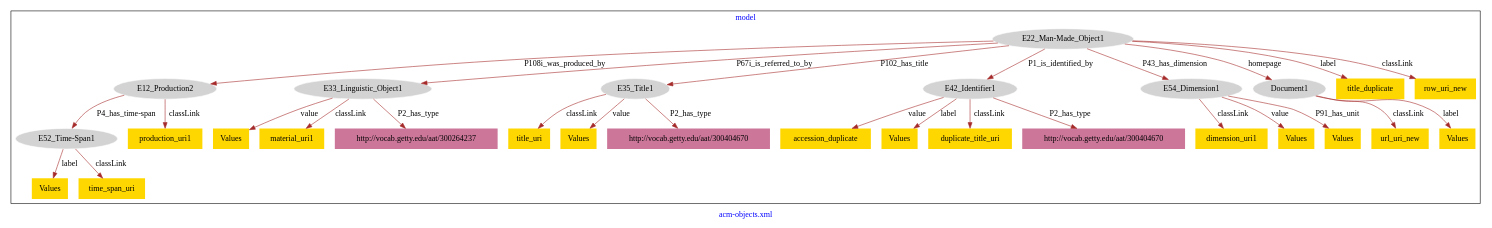
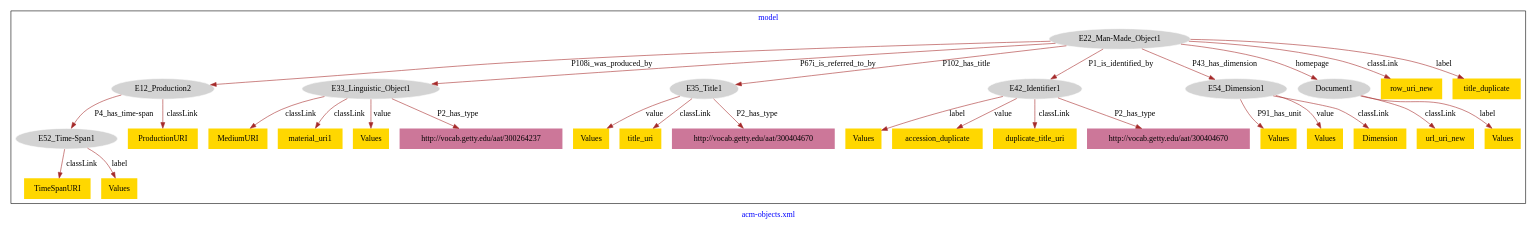
The diagram in acm-objects/acm-objects-model.dot (american-art/acm), drawn with Graphviz before and after one commit.

Commit message:
Update file acm-objects-model.dot

```diff
--- a/acm-objects/acm-objects-model.dot
+++ b/acm-objects/acm-objects-model.dot
@@ -1,63 +1,65 @@
 digraph n0 {
 fontcolor="blue"
 remincross="true"
 label="acm-objects.xml"
 subgraph cluster {
 label="model"
 n2[style="filled",color="white",fillcolor="lightgray",label="E12_Production2"];
 n3[style="filled",color="white",fillcolor="lightgray",label="E52_Time-Span1"];
 n4[style="filled",color="white",fillcolor="lightgray",label="E22_Man-Made_Object1"];
 n5[style="filled",color="white",fillcolor="lightgray",label="E33_Linguistic_Object1"];
 n6[style="filled",color="white",fillcolor="lightgray",label="E35_Title1"];
 n7[style="filled",color="white",fillcolor="lightgray",label="E42_Identifier1"];
 n8[style="filled",color="white",fillcolor="lightgray",label="E54_Dimension1"];
 n9[style="filled",color="white",fillcolor="lightgray",label="Document1"];
 n10[shape="plaintext",style="filled",fillcolor="gold",label="Values"];
-n11[shape="plaintext",style="filled",fillcolor="gold",label="title_duplicate"];
-n12[shape="plaintext",style="filled",fillcolor="gold",label="material_uri1"];
-n13[shape="plaintext",style="filled",fillcolor="gold",label="accession_duplicate"];
-n14[shape="plaintext",style="filled",fillcolor="gold",label="title_uri"];
-n15[shape="plaintext",style="filled",fillcolor="gold",label="url_uri_new"];
-n16[shape="plaintext",style="filled",fillcolor="gold",label="dimension_uri1"];
-n17[shape="plaintext",style="filled",fillcolor="gold",label="production_uri1"];
-n18[shape="plaintext",style="filled",fillcolor="gold",label="Values"];
+n11[shape="plaintext",style="filled",fillcolor="gold",label="row_uri_new"];
+n12[shape="plaintext",style="filled",fillcolor="gold",label="title_uri"];
+n13[shape="plaintext",style="filled",fillcolor="gold",label="url_uri_new"];
+n14[shape="plaintext",style="filled",fillcolor="gold",label="MediumURI"];
+n15[shape="plaintext",style="filled",fillcolor="gold",label="material_uri1"];
+n16[shape="plaintext",style="filled",fillcolor="gold",label="Values"];
+n17[shape="plaintext",style="filled",fillcolor="gold",label="ProductionURI"];
+n18[shape="plaintext",style="filled",fillcolor="gold",label="accession_duplicate"];
 n19[shape="plaintext",style="filled",fillcolor="gold",label="Values"];
-n20[shape="plaintext",style="filled",fillcolor="gold",label="Values"];
+n20[shape="plaintext",style="filled",fillcolor="gold",label="TimeSpanURI"];
 n21[shape="plaintext",style="filled",fillcolor="gold",label="Values"];
-n22[shape="plaintext",style="filled",fillcolor="gold",label="duplicate_title_uri"];
+n22[shape="plaintext",style="filled",fillcolor="gold",label="Values"];
 n23[shape="plaintext",style="filled",fillcolor="gold",label="Values"];
 n24[shape="plaintext",style="filled",fillcolor="gold",label="Values"];
-n25[shape="plaintext",style="filled",fillcolor="gold",label="row_uri_new"];
-n26[shape="plaintext",style="filled",fillcolor="gold",label="time_span_uri"];
-n27[shape="plaintext",style="filled",fillcolor="#CC7799",label="http://vocab.getty.edu/aat/300404670"];
+n25[shape="plaintext",style="filled",fillcolor="gold",label="duplicate_title_uri"];
+n26[shape="plaintext",style="filled",fillcolor="gold",label="Dimension"];
+n27[shape="plaintext",style="filled",fillcolor="gold",label="title_duplicate"];
 n28[shape="plaintext",style="filled",fillcolor="#CC7799",label="http://vocab.getty.edu/aat/300404670"];
-n29[shape="plaintext",style="filled",fillcolor="#CC7799",label="http://vocab.getty.edu/aat/300264237"];
+n29[shape="plaintext",style="filled",fillcolor="#CC7799",label="http://vocab.getty.edu/aat/300404670"];
+n30[shape="plaintext",style="filled",fillcolor="#CC7799",label="http://vocab.getty.edu/aat/300264237"];
 }
 n2 -> n3[color="brown",fontcolor="black",label="P4_has_time-span"]
 n4 -> n2[color="brown",fontcolor="black",label="P108i_was_produced_by"]
 n4 -> n5[color="brown",fontcolor="black",label="P67i_is_referred_to_by"]
 n4 -> n6[color="brown",fontcolor="black",label="P102_has_title"]
 n4 -> n7[color="brown",fontcolor="black",label="P1_is_identified_by"]
 n4 -> n8[color="brown",fontcolor="black",label="P43_has_dimension"]
 n4 -> n9[color="brown",fontcolor="black",label="homepage"]
-n5 -> n10[color="brown",fontcolor="black",label="value"]
-n4 -> n11[color="brown",fontcolor="black",label="label"]
-n5 -> n12[color="brown",fontcolor="black",label="classLink"]
-n7 -> n13[color="brown",fontcolor="black",label="value"]
-n6 -> n14[color="brown",fontcolor="black",label="classLink"]
-n9 -> n15[color="brown",fontcolor="black",label="classLink"]
-n8 -> n16[color="brown",fontcolor="black",label="classLink"]
+n6 -> n10[color="brown",fontcolor="black",label="value"]
+n4 -> n11[color="brown",fontcolor="black",label="classLink"]
+n6 -> n12[color="brown",fontcolor="black",label="classLink"]
+n9 -> n13[color="brown",fontcolor="black",label="classLink"]
+n5 -> n14[color="brown",fontcolor="black",label="classLink"]
+n5 -> n15[color="brown",fontcolor="black",label="classLink"]
+n7 -> n16[color="brown",fontcolor="black",label="label"]
 n2 -> n17[color="brown",fontcolor="black",label="classLink"]
-n8 -> n18[color="brown",fontcolor="black",label="value"]
-n3 -> n19[color="brown",fontcolor="black",label="label"]
-n7 -> n20[color="brown",fontcolor="black",label="label"]
-n6 -> n21[color="brown",fontcolor="black",label="value"]
-n7 -> n22[color="brown",fontcolor="black",label="classLink"]
-n8 -> n23[color="brown",fontcolor="black",label="P91_has_unit"]
-n9 -> n24[color="brown",fontcolor="black",label="label"]
-n4 -> n25[color="brown",fontcolor="black",label="classLink"]
-n3 -> n26[color="brown",fontcolor="black",label="classLink"]
-n7 -> n27[color="brown",fontcolor="black",label="P2_has_type"]
+n7 -> n18[color="brown",fontcolor="black",label="value"]
+n9 -> n19[color="brown",fontcolor="black",label="label"]
+n3 -> n20[color="brown",fontcolor="black",label="classLink"]
+n5 -> n21[color="brown",fontcolor="black",label="value"]
+n8 -> n22[color="brown",fontcolor="black",label="P91_has_unit"]
+n8 -> n23[color="brown",fontcolor="black",label="value"]
+n3 -> n24[color="brown",fontcolor="black",label="label"]
+n7 -> n25[color="brown",fontcolor="black",label="classLink"]
+n8 -> n26[color="brown",fontcolor="black",label="classLink"]
+n4 -> n27[color="brown",fontcolor="black",label="label"]
 n6 -> n28[color="brown",fontcolor="black",label="P2_has_type"]
-n5 -> n29[color="brown",fontcolor="black",label="P2_has_type"]
+n7 -> n29[color="brown",fontcolor="black",label="P2_has_type"]
+n5 -> n30[color="brown",fontcolor="black",label="P2_has_type"]
 }
```
